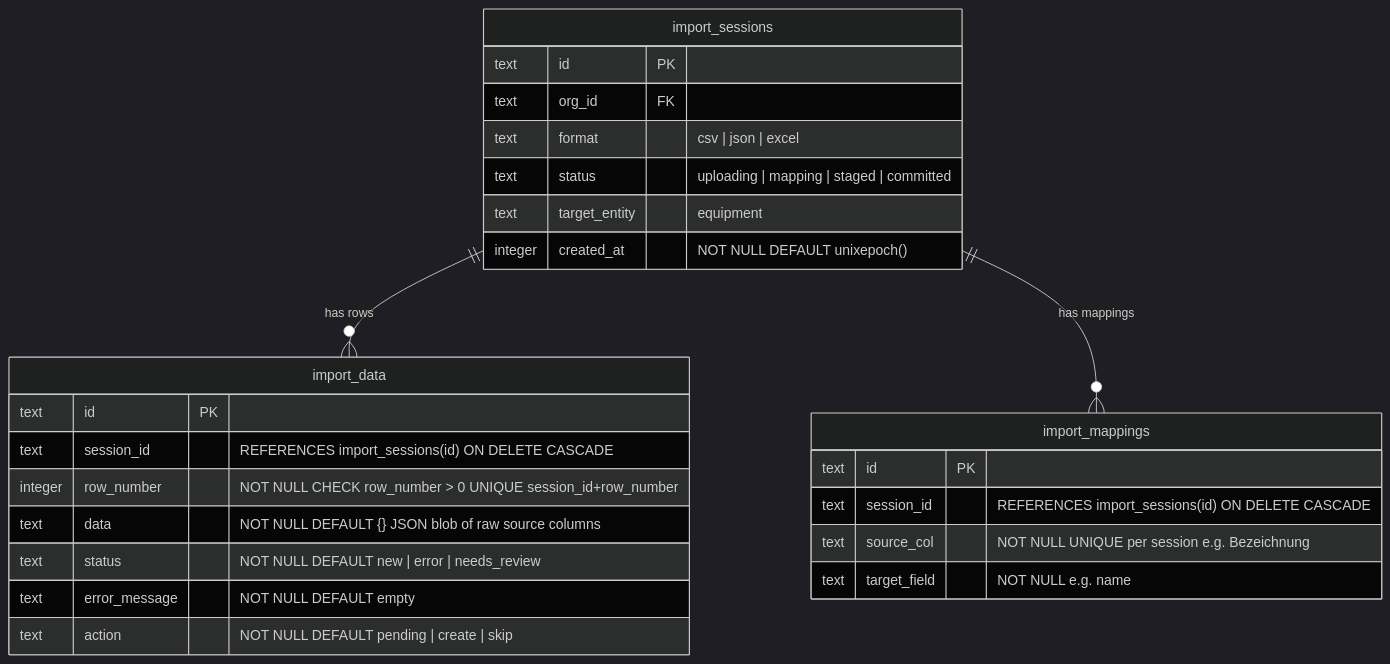
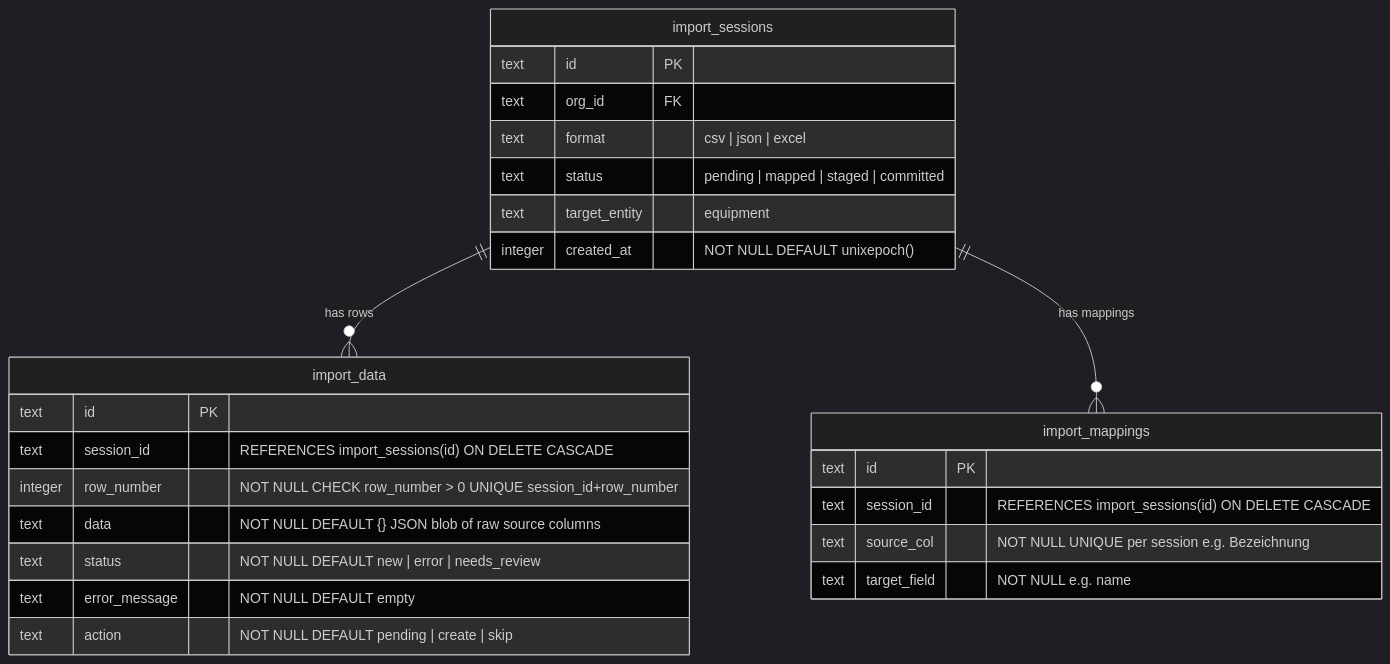
The diagram in wiki/IMPORTS_ERD.md (bit8bytes/gearberg), drawn with Mermaid (dark theme) before and after one commit. The commit also changed 4 other files, not shown here.

````diff
--- a/wiki/IMPORTS_ERD.md
+++ b/wiki/IMPORTS_ERD.md
@@ -9,31 +9,31 @@
 ```mermaid
 erDiagram
   import_sessions {
     text id PK
     text org_id FK
     text format "csv | json | excel"
-    text status "uploading | mapping | staged | committed"
+    text status "pending | mapped | staged | committed"
     text target_entity "equipment"
     integer created_at "NOT NULL DEFAULT unixepoch()"
   }
 
   import_data {
     text id PK
     text session_id "REFERENCES import_sessions(id) ON DELETE CASCADE"
     integer row_number "NOT NULL CHECK row_number > 0 UNIQUE session_id+row_number"
     text data "NOT NULL DEFAULT {} JSON blob of raw source columns"
     text status "NOT NULL DEFAULT new | error | needs_review"
     text error_message "NOT NULL DEFAULT empty"
     text action "NOT NULL DEFAULT pending | create | skip"
   }
 
   import_mappings {
     text id PK
     text session_id "REFERENCES import_sessions(id) ON DELETE CASCADE"
     text source_col "NOT NULL UNIQUE per session e.g. Bezeichnung"
     text target_field "NOT NULL e.g. name"
   }
 
   import_sessions ||--o{ import_data : "has rows"
   import_sessions ||--o{ import_mappings : "has mappings"
 ```
````
